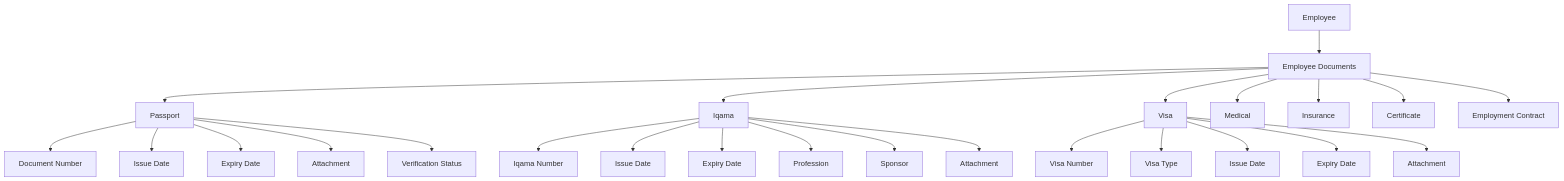
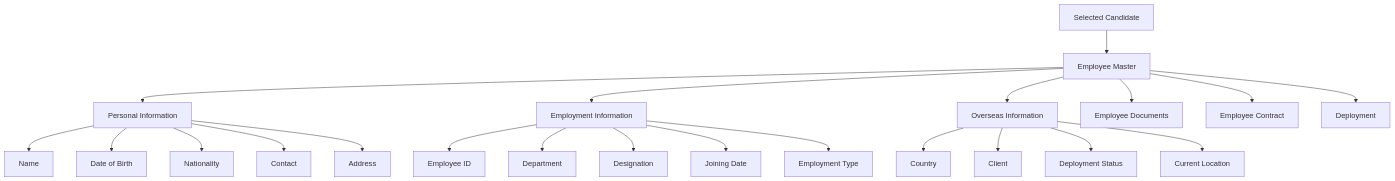
The seventh of 25 diagrams in README.md (Plug0007/erpnext-niglobal), drawn with Mermaid before and after one commit. The commit also changed other lines of this file, not shown here.

````diff
--- a/README.md
+++ b/README.md
@@ -361,39 +394,34 @@
 ```mermaid
 flowchart TD
     %% =========================================================
-    %% EMPLOYEE DOCUMENTS
-    %% Common document management layer.
+    %% EMPLOYEE MASTER
+    %% Central employee HR record.
     %% =========================================================
 
-    A[Employee] --> B[Employee Documents]
+    A["Selected Candidate"]
+    A --> B["Employee Master"]
 
-    B --> C[Passport]
-    B --> D[Iqama]
-    B --> E[Visa]
-    B --> F[Medical]
-    B --> G[Insurance]
-    B --> H[Certificate]
-    B --> I[Employment Contract]
+    B --> C["Personal Information"]
+    C --> C1["Name"]
+    C --> C2["Date of Birth"]
+    C --> C3["Nationality"]
+    C --> C4["Contact"]
+    C --> C5["Address"]
 
-    %% Common document metadata.
-    C --> C1[Document Number]
-    C --> C2[Issue Date]
-    C --> C3[Expiry Date]
-    C --> C4[Attachment]
-    C --> C5[Verification Status]
+    B --> D["Employment Information"]
+    D --> D1["Employee ID"]
+    D --> D2["Department"]
+    D --> D3["Designation"]
+    D --> D4["Joining Date"]
+    D --> D5["Employment Type"]
 
-    %% Specialized Iqama data.
-    D --> D1[Iqama Number]
-    D --> D2[Issue Date]
-    D --> D3[Expiry Date]
-    D --> D4[Profession]
-    D --> D5[Sponsor]
-    D --> D6[Attachment]
+    B --> E["Overseas Information"]
+    E --> E1["Country"]
+    E --> E2["Client"]
+    E --> E3["Deployment Status"]
+    E --> E4["Current Location"]
 
-    %% Specialized Visa data.
-    E --> E1[Visa Number]
-    E --> E2[Visa Type]
-    E --> E3[Issue Date]
-    E --> E4[Expiry Date]
-    E --> E5[Attachment]
+    B --> F["Employee Documents"]
+    B --> G["Employee Contract"]
+    B --> H["Deployment"]
 ```
````
